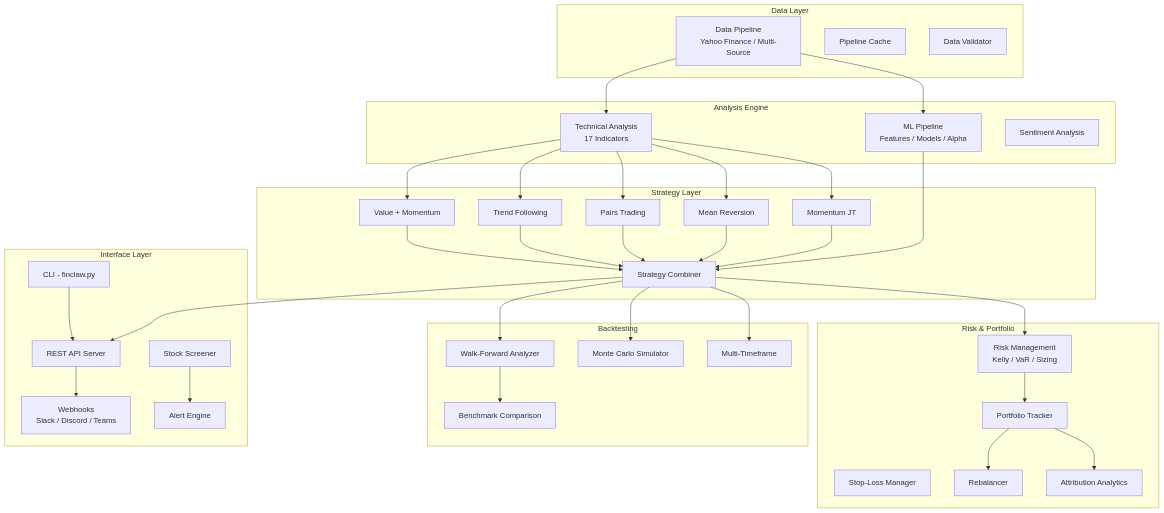
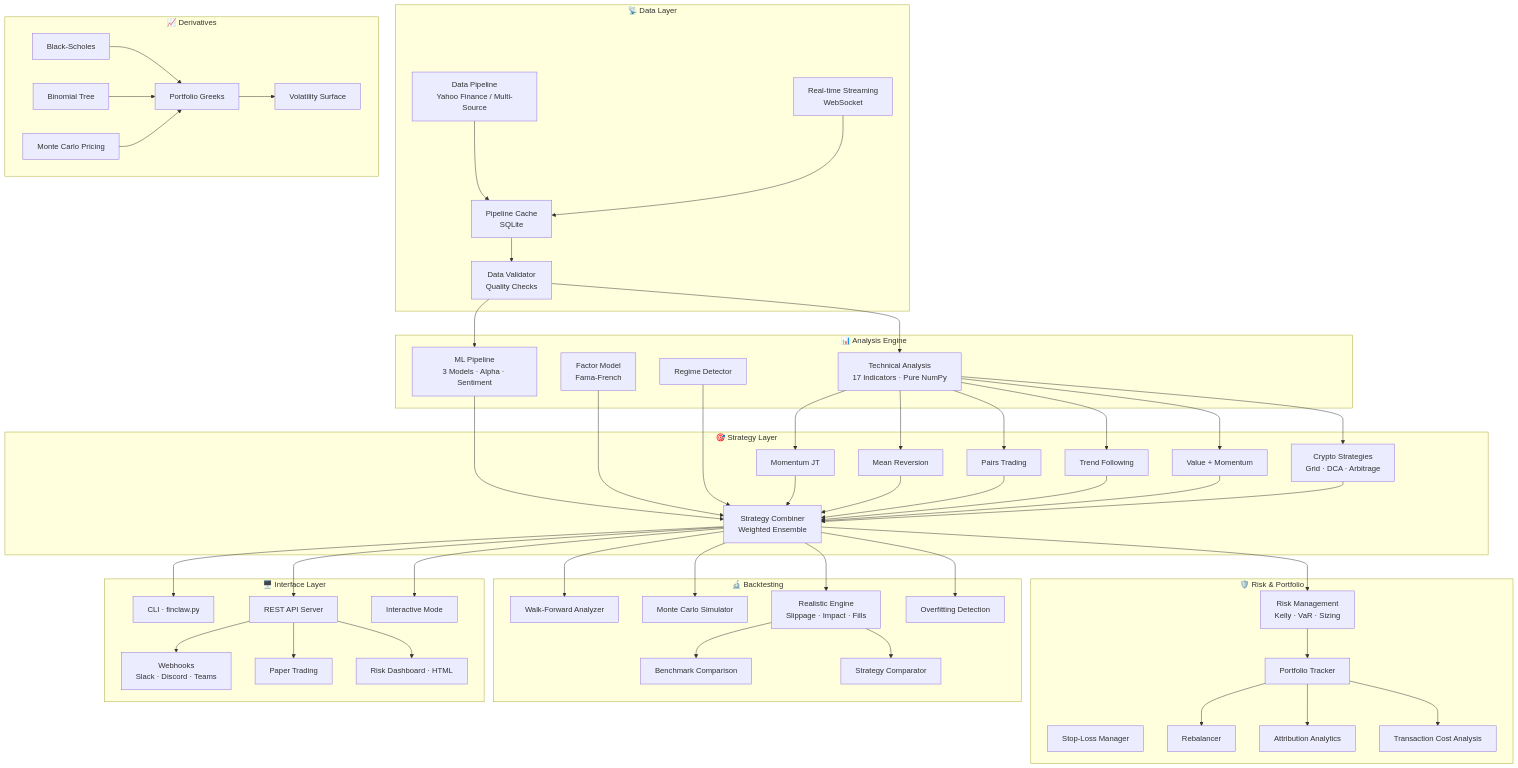
Before and after one commit to Sloped-familyunit908/finclaw: the diagram in README.md, drawn with Mermaid. The commit also changed other lines of this file and 15 other files, not shown here.

````diff
--- a/README.md
+++ b/README.md
@@ -23,62 +34,73 @@
 ```mermaid
 graph TB
-    subgraph Data Layer
+    subgraph "📡 Data Layer"
         DP[Data Pipeline<br/>Yahoo Finance / Multi-Source]
-        Cache[Pipeline Cache]
-        Validator[Data Validator]
+        STR[Real-time Streaming<br/>WebSocket]
+        CACHE[Pipeline Cache<br/>SQLite]
+        VAL[Data Validator<br/>Quality Checks]
     end
 
-    subgraph Analysis Engine
-        TA[Technical Analysis<br/>17 Indicators]
-        ML[ML Pipeline<br/>Features / Models / Alpha]
-        Sent[Sentiment Analysis]
+    subgraph "📊 Analysis Engine"
+        TA[Technical Analysis<br/>17 Indicators · Pure NumPy]
+        ML[ML Pipeline<br/>3 Models · Alpha · Sentiment]
+        FACTOR[Factor Model<br/>Fama-French]
+        REGIME[Regime Detector]
     end
 
-    subgraph Strategy Layer
+    subgraph "🎯 Strategy Layer"
         MOM[Momentum JT]
         MR[Mean Reversion]
         PT[Pairs Trading]
         TF[Trend Following]
         VM[Value + Momentum]
-        COMB[Strategy Combiner]
+        CRYPTO[Crypto Strategies<br/>Grid · DCA · Arbitrage]
+        COMB[Strategy Combiner<br/>Weighted Ensemble]
     end
 
-    subgraph Risk & Portfolio
-        RISK[Risk Management<br/>Kelly / VaR / Sizing]
+    subgraph "📈 Derivatives"
+        BS[Black-Scholes]
+        BINOM[Binomial Tree]
+        MC_OPT[Monte Carlo Pricing]
+        GREEKS[Portfolio Greeks]
+        VOL[Volatility Surface]
+    end
+
+    subgraph "🛡️ Risk & Portfolio"
+        RISK[Risk Management<br/>Kelly · VaR · Sizing]
         SL[Stop-Loss Manager]
         PORT[Portfolio Tracker]
         REB[Rebalancer]
         ATTR[Attribution Analytics]
+        TCA_M[Transaction Cost Analysis]
     end
 
-    subgraph Backtesting
+    subgraph "🔬 Backtesting"
         WF[Walk-Forward Analyzer]
-        MC[Monte Carlo Simulator]
-        MTF[Multi-Timeframe]
+        MC_SIM[Monte Carlo Simulator]
+        REAL[Realistic Engine<br/>Slippage · Impact · Fills]
+        OVERFIT[Overfitting Detection]
         BENCH[Benchmark Comparison]
+        COMP[Strategy Comparator]
     end
 
-    subgraph Interface Layer
+    subgraph "🖥️ Interface Layer"
+        CLI[CLI · finclaw.py]
         API[REST API Server]
-        WH[Webhooks<br/>Slack / Discord / Teams]
-        SCR[Stock Screener]
-        ALR[Alert Engine]
-        CLI[CLI - finclaw.py]
+        INTER[Interactive Mode]
+        WH[Webhooks<br/>Slack · Discord · Teams]
+        PAPER[Paper Trading]
+        DASH[Risk Dashboard · HTML]
     end
 
-    DP --> TA
-    DP --> ML
-    TA --> MOM & MR & PT & TF & VM
-    ML --> COMB
-    MOM & MR & PT & TF & VM --> COMB
-    COMB --> RISK
-    RISK --> PORT
-    PORT --> REB
-    PORT --> ATTR
-    COMB --> WF & MC & MTF
-    WF --> BENCH
-    COMB --> API
-    API --> WH
-    SCR --> ALR
-    CLI --> API
+    DP & STR --> CACHE --> VAL
+    VAL --> TA & ML
+    TA --> MOM & MR & PT & TF & VM & CRYPTO
+    ML & FACTOR & REGIME --> COMB
+    MOM & MR & PT & TF & VM & CRYPTO --> COMB
+    COMB --> RISK --> PORT --> REB & ATTR & TCA_M
+    COMB --> WF & MC_SIM & REAL & OVERFIT
+    REAL --> BENCH & COMP
+    COMB --> CLI & API & INTER
+    API --> WH & PAPER & DASH
+    BS & BINOM & MC_OPT --> GREEKS --> VOL
 ```
````
